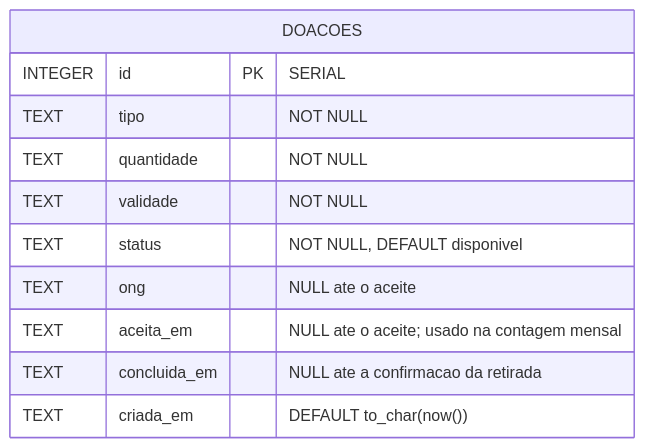
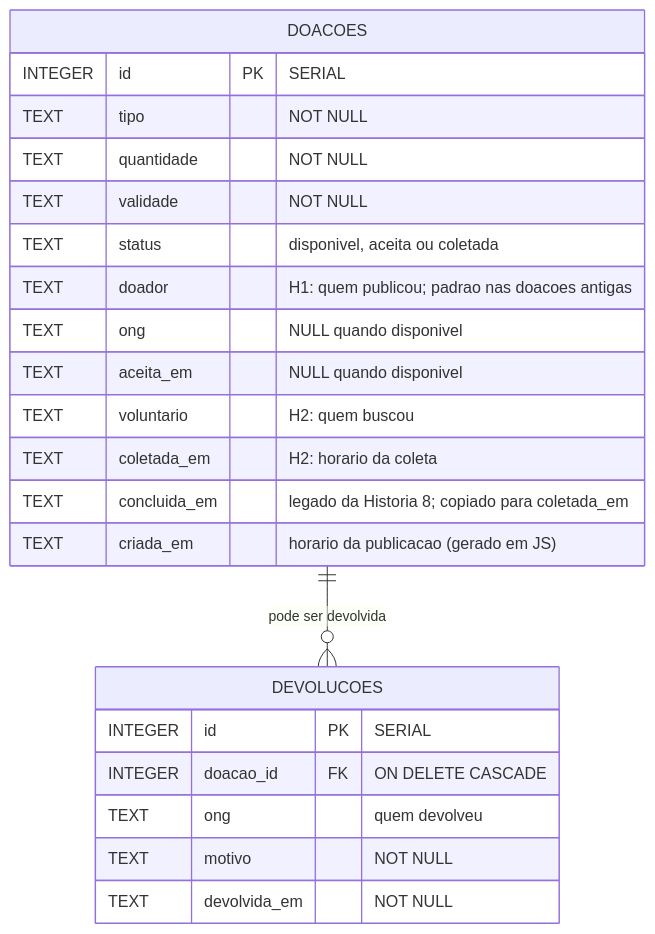
One commit to APD-Agil/g1126-template-prato-cheio changed the first of 2 diagrams in docs/diagramas/dados.md. Above: the diagram before and after it, drawn with Mermaid. The commit also changed other lines of this file, not shown here.

````diff
--- a/docs/diagramas/dados.md
+++ b/docs/diagramas/dados.md
@@ -9,14 +8,25 @@
 ```mermaid
 erDiagram
-    DOACOES {
-        INTEGER id PK "SERIAL"
-        TEXT tipo "NOT NULL"
-        TEXT quantidade "NOT NULL"
-        TEXT validade "NOT NULL"
-        TEXT status "NOT NULL, DEFAULT disponivel"
-        TEXT ong "NULL ate o aceite"
-        TEXT aceita_em "NULL ate o aceite; usado na contagem mensal"
-        TEXT concluida_em "NULL ate a confirmacao da retirada"
-        TEXT criada_em "DEFAULT to_char(now())"
-    }
+DOACOES ||--o{ DEVOLUCOES : "pode ser devolvida"
+DOACOES {
+INTEGER id PK "SERIAL"
+TEXT tipo "NOT NULL"
+TEXT quantidade "NOT NULL"
+TEXT validade "NOT NULL"
+TEXT status "disponivel, aceita ou coletada"
+TEXT doador "H1: quem publicou; padrao nas doacoes antigas"
+TEXT ong "NULL quando disponivel"
+TEXT aceita_em "NULL quando disponivel"
+TEXT voluntario "H2: quem buscou"
+TEXT coletada_em "H2: horario da coleta"
+TEXT concluida_em "legado da Historia 8; copiado para coletada_em"
+TEXT criada_em "horario da publicacao (gerado em JS)"
+}
+DEVOLUCOES {
+INTEGER id PK "SERIAL"
+INTEGER doacao_id FK "ON DELETE CASCADE"
+TEXT ong "quem devolveu"
+TEXT motivo "NOT NULL"
+TEXT devolvida_em "NOT NULL"
+}
 ```
````
